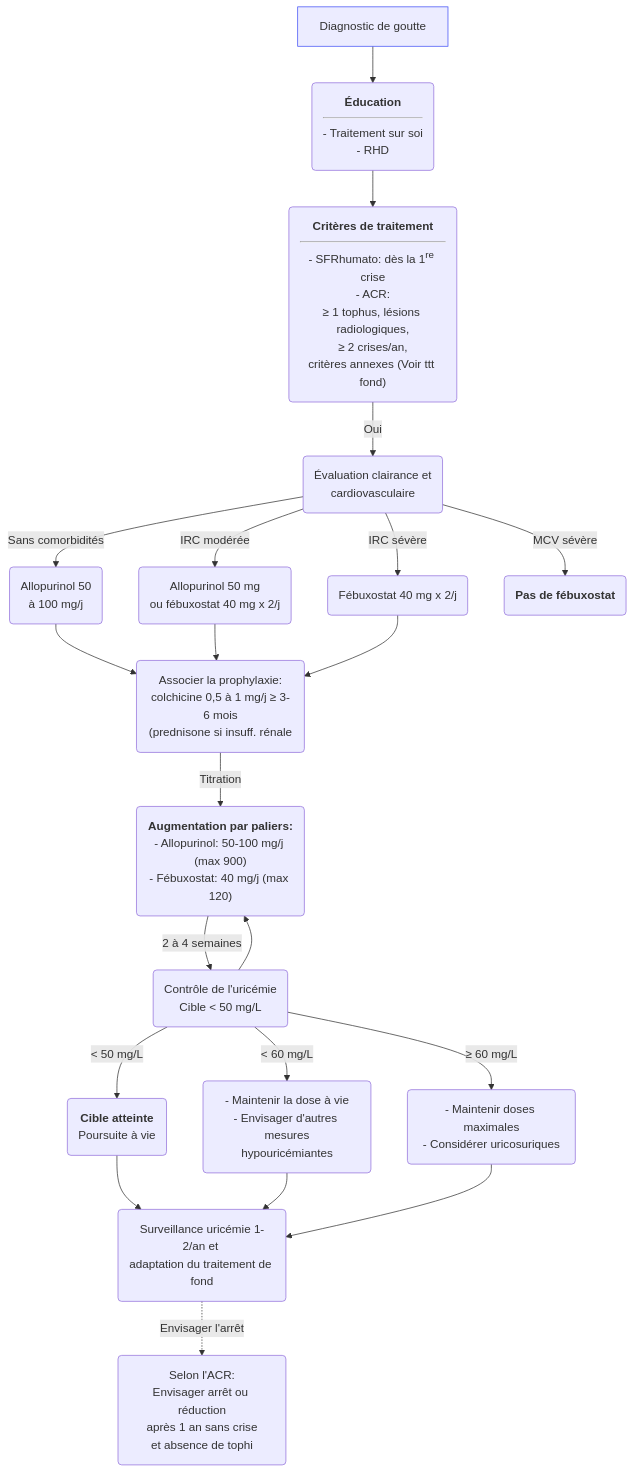
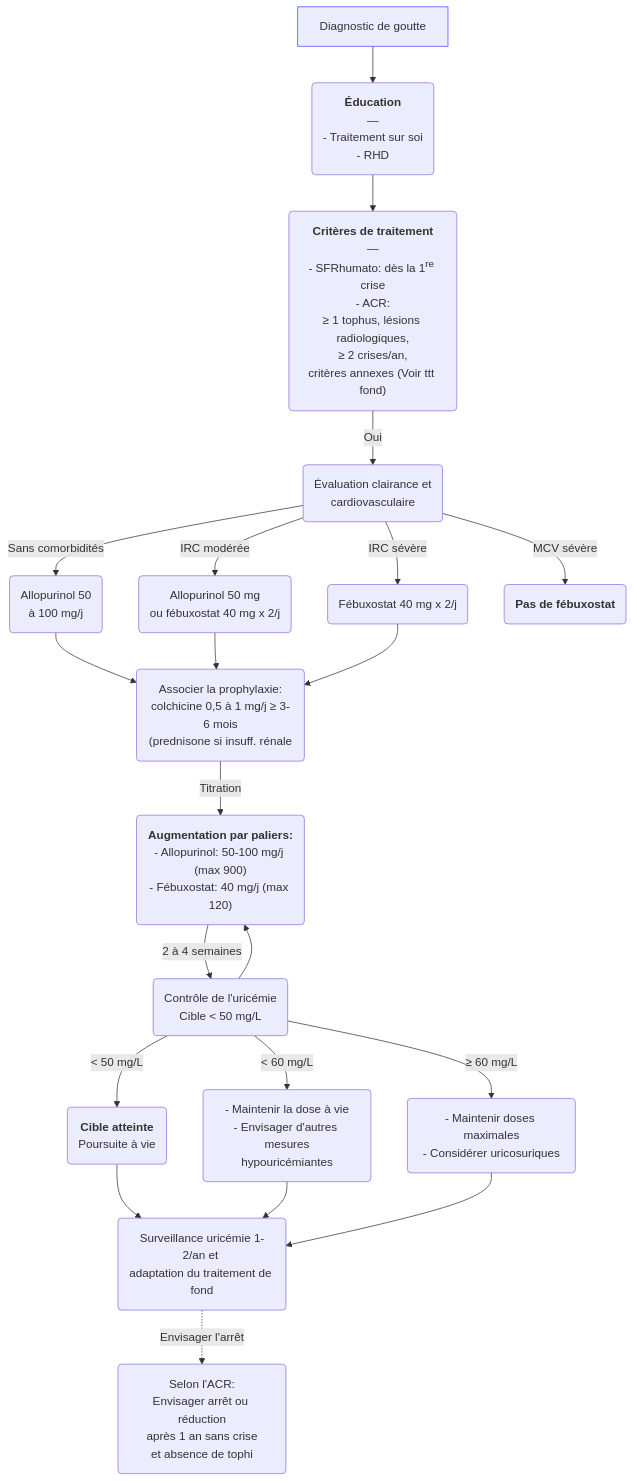
One commit to djibe/recommandations-medicales changed the second of 2 diagrams in content/recommandations/goutte.md. Above: the diagram before and after it, drawn with Mermaid. The commit also changed 51 other files, not shown here.

```diff
--- a/content/recommandations/goutte.md
+++ b/content/recommandations/goutte.md
@@ -360,17 +360,17 @@
 {{< mermaid title="Conduite à tenir pour le traitement hypouricémiant de fond du patient goutteux. Dr JB Fron d'après SFR et ACR 2020" >}}
 graph TB
 accTitle: Prise en charge de la goutte par traitement de fond d'après SFR et ACR 2020
-  diagnostic[Diagnostic de goutte] --> education(<b>Éducation</b><hr>- Traitement sur soi<br>- RHD) --> criteres("<b>Critères de traitement</b><hr>- SFRhumato: dès la 1<sup>re</sup> crise<br>- ACR:<br>≥ 1 tophus, lésions radiologiques,<br>≥ 2 crises/an,<br>critères annexes (Voir ttt fond)")
+  diagnostic[Diagnostic de goutte] --> education(<b>Éducation</b><br>—<br>- Traitement sur soi<br>- RHD) --> criteres("<b>Critères de traitement</b><br>—<br>- SFRhumato: dès la 1<sup>re</sup> crise<br>- ACR:<br>≥ 1 tophus, lésions radiologiques,<br>≥ 2 crises/an,<br>critères annexes (Voir ttt fond)")
   style diagnostic stroke:#4150f5, stroke-width:1px
     criteres -- Oui --> clairance(Évaluation clairance et<br>cardiovasculaire)
       clairance -- Sans comorbidités --> allopurinol(Allopurinol 50<br>à 100 mg/j) --> prophylaxie("Associer la prophylaxie:<br>colchicine 0,5 à 1 mg/j ≥ 3-6 mois<br>(prednisone si insuff. rénale")
       clairance -- IRC modérée --> ircmoderee(Allopurinol 50 mg<br>ou fébuxostat 40 mg x 2/j) --> prophylaxie
       clairance -- IRC sévère --> ircsevere(Fébuxostat 40 mg x 2/j) --> prophylaxie
       clairance -- MCV sévère --> mcv(<b>Pas de fébuxostat</b>)
         prophylaxie -- Titration --> titration("<b>Augmentation par paliers:</b><br>- Allopurinol: 50-100 mg/j (max 900)<br>- Fébuxostat: 40 mg/j (max 120)")
           titration -- 2 à 4 semaines --> uricemie(Contrôle de l'uricémie<br>Cible &lt; 50 mg/L) --> titration
             uricemie -- "&lt; 50 mg/L" --> cible(<b>Cible atteinte</b><br>Poursuite à vie) --> surv("Surveillance uricémie 1-2/an et <br>adaptation du traitement de fond")
               surv -. Envisager l'arrêt .-> arret("Selon l'ACR:<br>Envisager arrêt ou réduction<br>après 1 an sans crise<br>et absence de tophi")
             uricemie -- "&lt; 60 mg/L" --> presque("- Maintenir la dose à vie<br>- Envisager d'autres mesures<br>hypouricémiantes") --> surv
             uricemie -- "≥ 60 mg/L" --> hors("- Maintenir doses maximales<br>- Considérer uricosuriques") --> surv
 {{< /mermaid >}}
```
